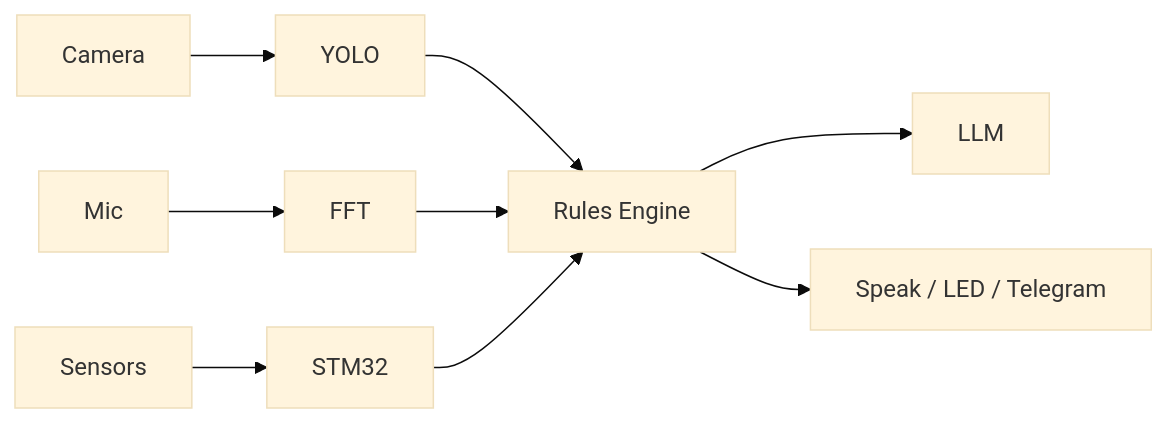
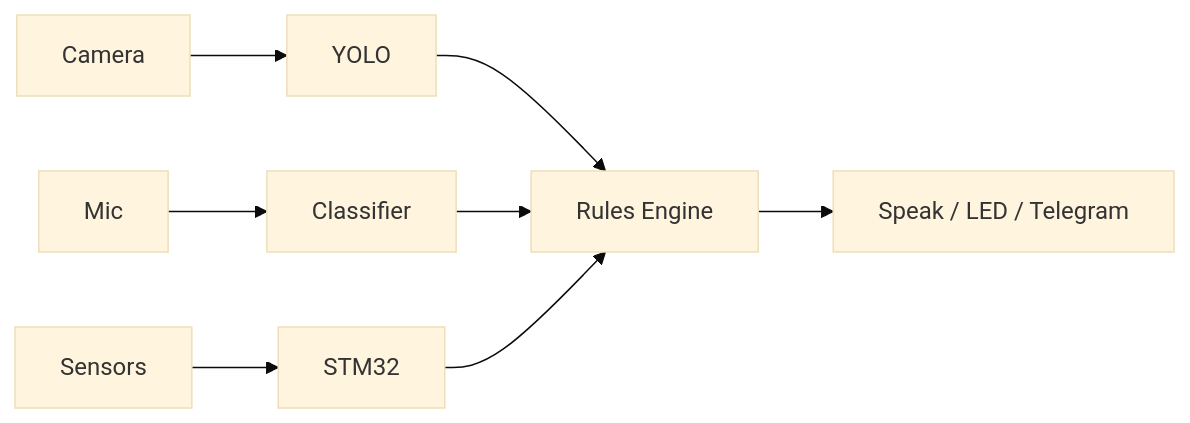
The diagram in README.md (HasNate618/AWARE), drawn with Mermaid (base theme) before and after one commit. The commit also changed other lines of this file, not shown here.

First line of the commit message:
docs: rewrite README — real use cases, fix diagram, cut fluff

````diff
--- a/README.md
+++ b/README.md
@@ -13,11 +11,10 @@
 ```mermaid
 graph LR
     Camera --> Vision[YOLO]
-    Mic --> Audio[FFT]
+    Mic --> Audio[Classifier]
     Sensors --> STM32[STM32]
     Vision --> Rules[Rules Engine]
     Audio --> Rules
     STM32 --> Rules
-    Rules --> LLM[LLM]
     Rules --> Actions[Speak / LED / Telegram]
 ```
````
